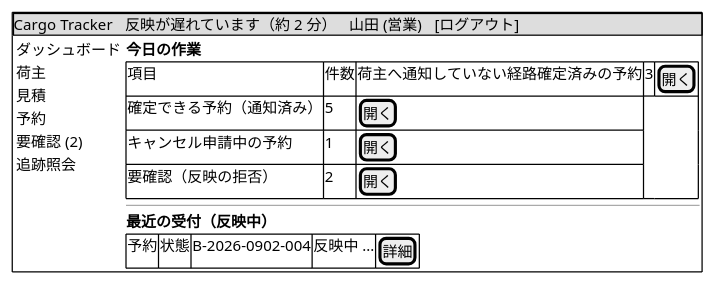
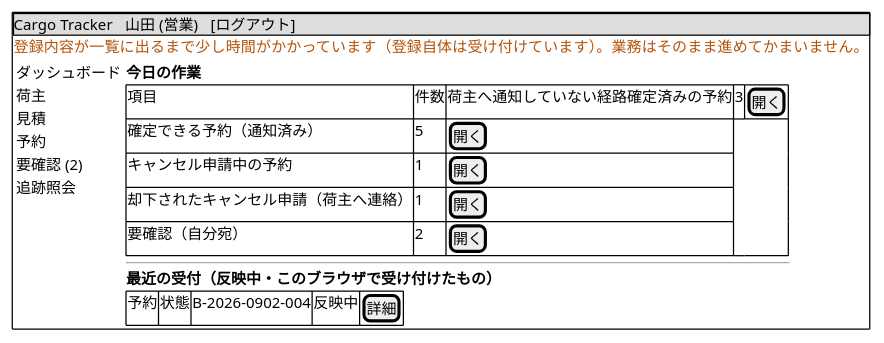
Before and after one commit to k2works/case-study-cargo-tracker: the fourth of 20 diagrams in docs/design/cargo-tracker/ui_design.md, drawn with PlantUML. The commit also changed other lines of this file and 18 other files, not shown here.

````diff
--- a/docs/design/cargo-tracker/ui_design.md
+++ b/docs/design/cargo-tracker/ui_design.md
@@ -282,32 +339,34 @@
 ```plantuml
 @startsalt
 {+
-  {* Cargo Tracker | 反映が遅れています（約 2 分） | 山田 (営業) | [ログアウト] }
+  {* Cargo Tracker | 山田 (営業) | [ログアウト] }
+  <color:#B45309>登録内容が一覧に出るまで少し時間がかかっています（登録自体は受け付けています）。業務はそのまま進めてかまいません。</color>
   {
     { ダッシュボード
       荷主
       見積
       予約
       要確認 (2)
       追跡照会
     } |
     {
       <b>今日の作業
       {#
-        項目 | 件数 | 
+        項目 | 件数 |
         荷主へ通知していない経路確定済みの予約 | 3 | [開く]
         確定できる予約（通知済み） | 5 | [開く]
         キャンセル申請中の予約 | 1 | [開く]
-        要確認（反映の拒否） | 2 | [開く]
+        却下されたキャンセル申請（荷主へ連絡） | 1 | [開く]
+        要確認（自分宛） | 2 | [開く]
       }
       ---
-      <b>最近の受付（反映中）
+      <b>最近の受付（反映中・このブラウザで受け付けたもの）
       {#
-        予約 | 状態 | 
-        B-2026-0902-004 | 反映中 ... | [詳細]
+        予約 | 状態 |
+        B-2026-0902-004 | 反映中 | [詳細]
       }
     }
   }
 }
 @endsalt
 ```
````
